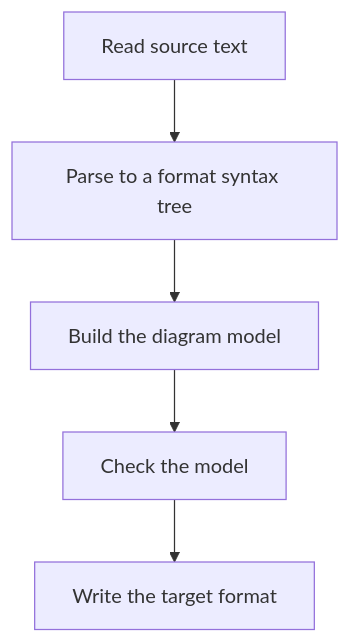
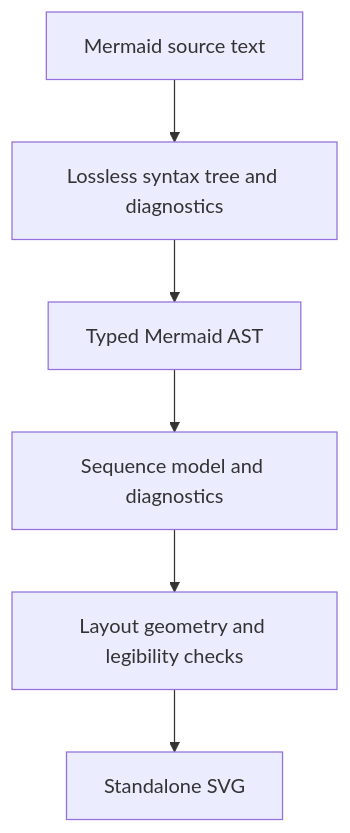
One commit to moonrockz/diagrams.mbt changed the diagram in docs/design/overview.md. Above: the diagram before and after it, drawn with Mermaid. The commit also changed other lines of this file and 22 other files, not shown here.

First line of the commit message:
docs(sequence): finish gallery and documentation

````diff
--- a/docs/design/overview.md
+++ b/docs/design/overview.md
@@ -32,7 +14,8 @@
 ```mermaid
 graph TD
-  A[Read source text] --> B[Parse to a format syntax tree]
-  B --> C[Build the diagram model]
-  C --> D[Check the model]
-  D --> E[Write the target format]
+  A[Mermaid source text] --> B[Lossless syntax tree and diagnostics]
+  B --> C[Typed Mermaid AST]
+  C --> D[Sequence model and diagnostics]
+  D --> E[Layout geometry and legibility checks]
+  E --> F[Standalone SVG]
 ```
````
